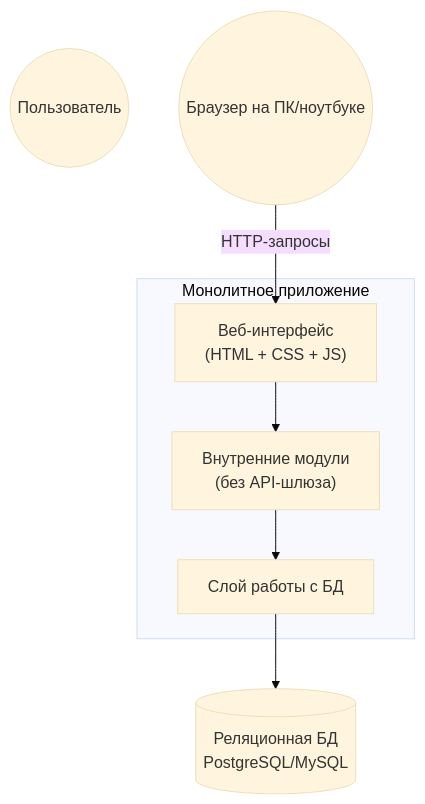
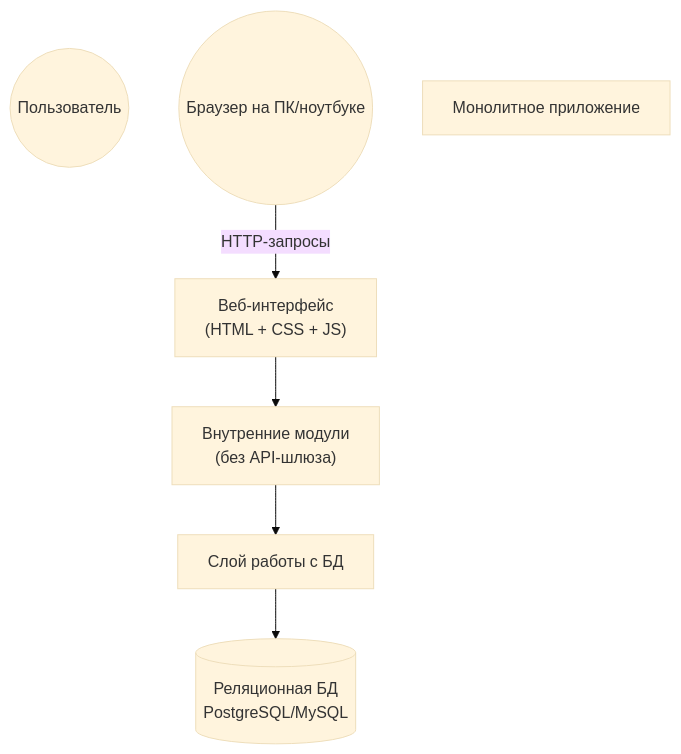
One commit to Par3431/Projectirovanie_IS changed the diagram in diagramm.md. Above: the diagram before and after it, drawn with Mermaid (base theme).

````diff
--- a/diagramm.md
+++ b/diagramm.md
@@ -3,18 +3,18 @@
 ```mermaid
 flowchart TD
     User(("Пользователь"))
     User2(("Браузер на ПК/ноутбуке"))
 
-    subgraph Monolith["Монолитное приложение"]
-        WebUI["Веб-интерфейс\n(HTML + CSS + JS)"]
-        API["Внутренние модули\n(без API-шлюза)"]
-        DB_Layer["Слой работы с БД"]
-    end
+    Monolith["Монолитное приложение"]
+    WebUI["Веб-интерфейс\n(HTML + CSS + JS)"]
+    API["Внутренние модули\n(без API-шлюза)"]
+    DB_Layer["Слой работы с БД"]
+    
 
     DB[("Реляционная БД\nPostgreSQL/MySQL")]
 
     User2 -- "HTTP-запросы" --> WebUI
     WebUI --> API
     API --> DB_Layer
     DB_Layer --> DB
 ```
````
